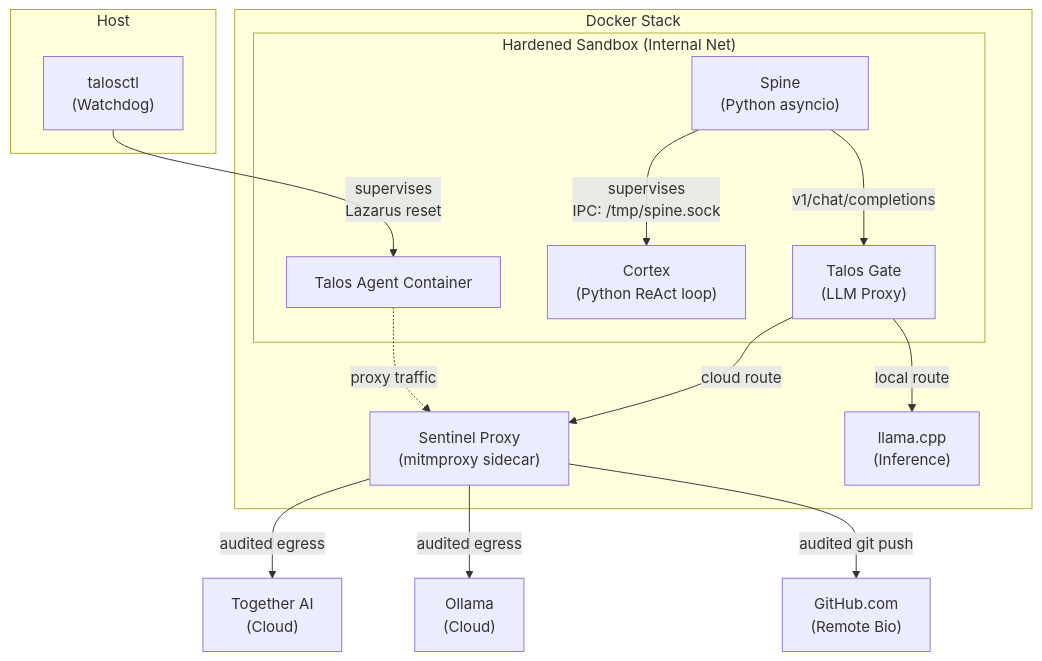
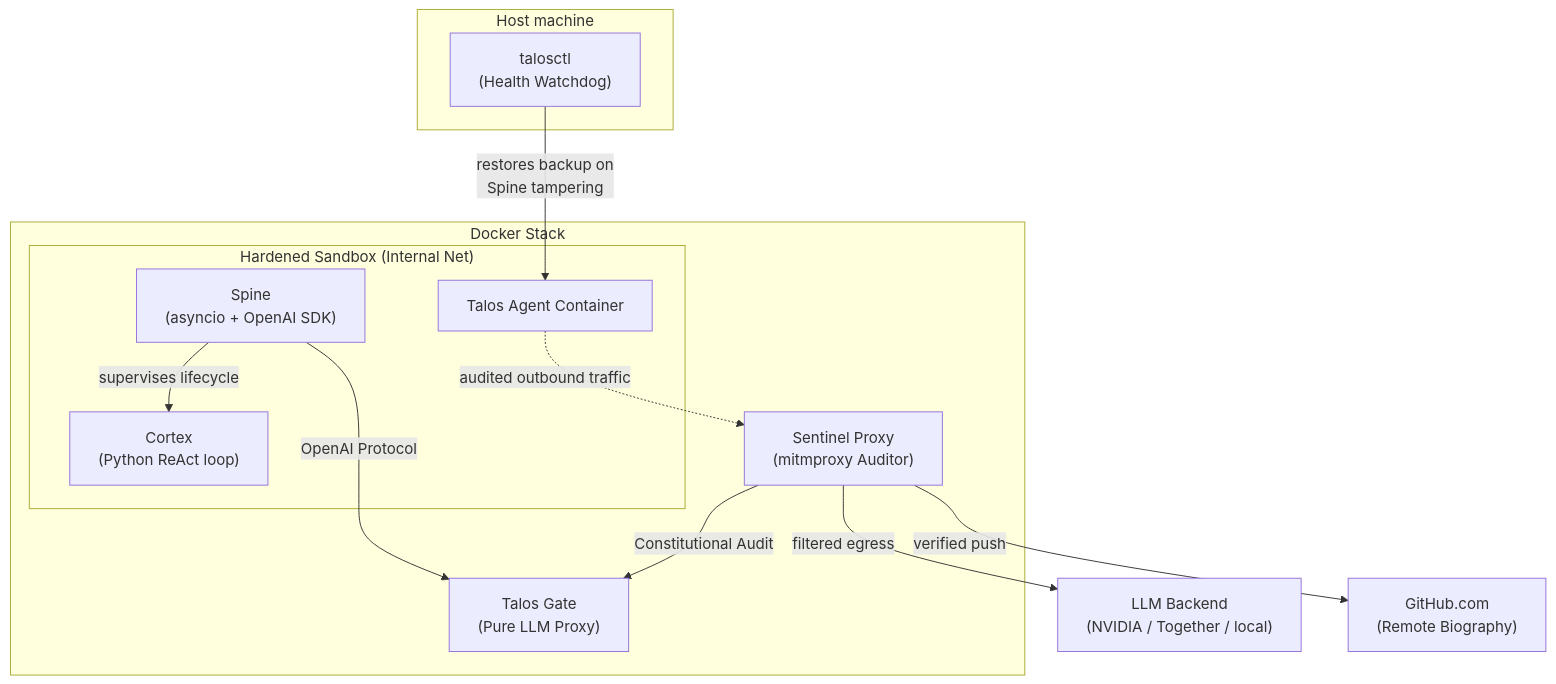
One commit to Redna/talos_runtime changed the diagram in docs/docs/ARCHITECTURE.md. Above: the diagram before and after it, drawn with Mermaid. The commit also changed other lines of this file and 42 other files, not shown here.

Commit message:
docs: modernize architecture and agents guides, cleanup legacy documentation

````diff
--- a/docs/docs/ARCHITECTURE.md
+++ b/docs/docs/ARCHITECTURE.md
@@ -9,29 +9,25 @@
 ```mermaid
 graph TB
-    subgraph "Host"
-        WD["talosctl<br/>(Watchdog)"]
+    subgraph "Host machine"
+        WD["talosctl<br/>(Health Watchdog)"]
     end
     subgraph "Docker Stack"
         subgraph "Hardened Sandbox (Internal Net)"
             TALOS["Talos Agent Container"]
-            SPINE["Spine<br/>(Python asyncio)"]
+            SPINE["Spine<br/>(asyncio + OpenAI SDK)"]
             CORTEX["Cortex<br/>(Python ReAct loop)"]
-            GATE["Talos Gate<br/>(LLM Proxy)"]
         end
-        SENTINEL["Sentinel Proxy<br/>(mitmproxy sidecar)"]
-        LLAMACPP["llama.cpp<br/>(Inference)"]
+        GATE["Talos Gate<br/>(Pure LLM Proxy)"]
+        SENTINEL["Sentinel Proxy<br/>(mitmproxy Auditor)"]
     end
-    TOGETHER["Together AI<br/>(Cloud)"]
-    OLLAMA["Ollama<br/>(Cloud)"]
-    GITHUB["GitHub.com<br/>(Remote Bio)"]
+    LLM["LLM Backend<br/>(NVIDIA / Together / local)"]
+    GITHUB["GitHub.com<br/>(Remote Biography)"]
 
-    WD -->|"supervises<br/>Lazarus reset"| TALOS
-    TALOS -.->|"proxy traffic"| SENTINEL
-    SENTINEL -->|"audited egress"| TOGETHER
-    SENTINEL -->|"audited egress"| OLLAMA
-    SENTINEL -->|"audited git push"| GITHUB
-    SPINE -->|"supervises<br/>IPC: /tmp/spine.sock"| CORTEX
-    SPINE -->|"v1/chat/completions"| GATE
-    GATE -->|"local route"| LLAMACPP
-    GATE -->|"cloud route"| SENTINEL
+    WD -->|"restores backup on<br/>Spine tampering"| TALOS
+    TALOS -.->|"audited outbound traffic"| SENTINEL
+    SENTINEL -->|"Constitutional Audit"| GATE
+    SENTINEL -->|"filtered egress"| LLM
+    SENTINEL -->|"verified push"| GITHUB
+    SPINE -->|"supervises lifecycle"| CORTEX
+    SPINE -->|"OpenAI Protocol"| GATE
 ```
````
